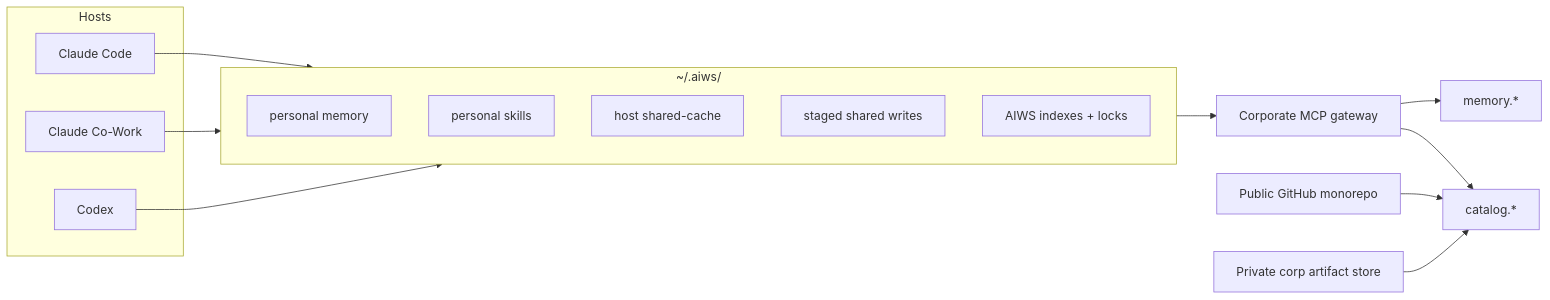
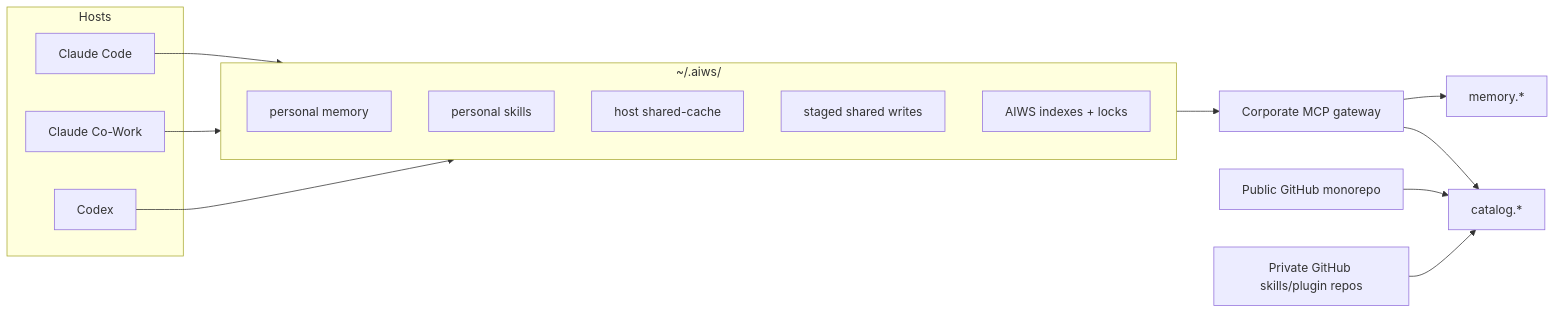
One commit to sashakang/ai-workspace changed the first of 2 diagrams in docs/aiws-target-architecture.md. Above: the diagram before and after it, drawn with Mermaid. The commit also changed other lines of this file and 12 other files, not shown here.

Commit message:
Add AIWS productivity plugin marketplace flow

````diff
--- a/docs/aiws-target-architecture.md
+++ b/docs/aiws-target-architecture.md
@@ -12,33 +12,33 @@
 ```mermaid
 flowchart LR
   subgraph H[Hosts]
     CC[Claude Code]
     CW[Claude Co-Work]
     CX[Codex]
   end
 
   subgraph A["~/.aiws/"]
     PM[personal memory]
     PS[personal skills]
     HC[host shared-cache]
     SW[staged shared writes]
     IX[AIWS indexes + locks]
   end
 
   GW[Corporate MCP gateway]
   MM[memory.*]
   CAT[catalog.*]
   GH[Public GitHub monorepo]
-  PRIV[Private corp artifact store]
+  PRIV[Private GitHub skills/plugin repos]
 
   CC --> A
   CW --> A
   CX --> A
 
   A --> GW
   GW --> MM
   GW --> CAT
 
   GH --> CAT
   PRIV --> CAT
 ```
````
